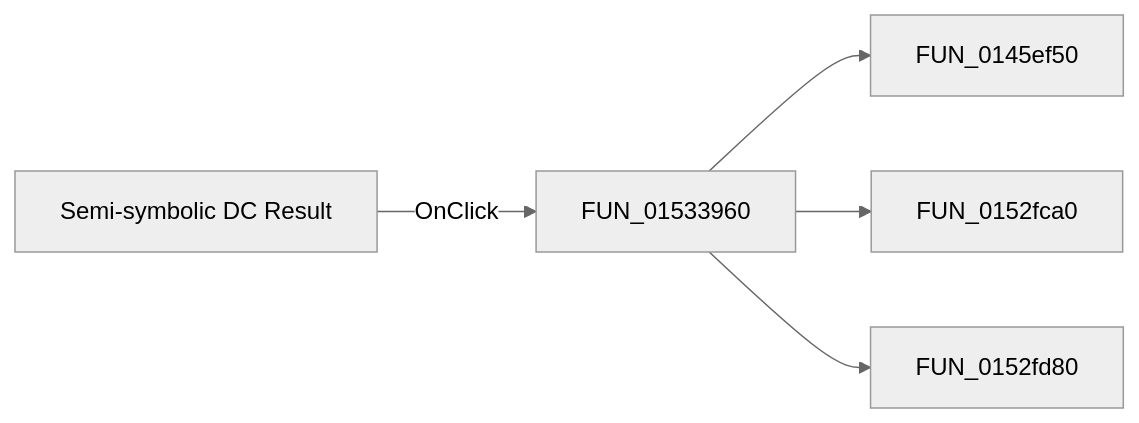
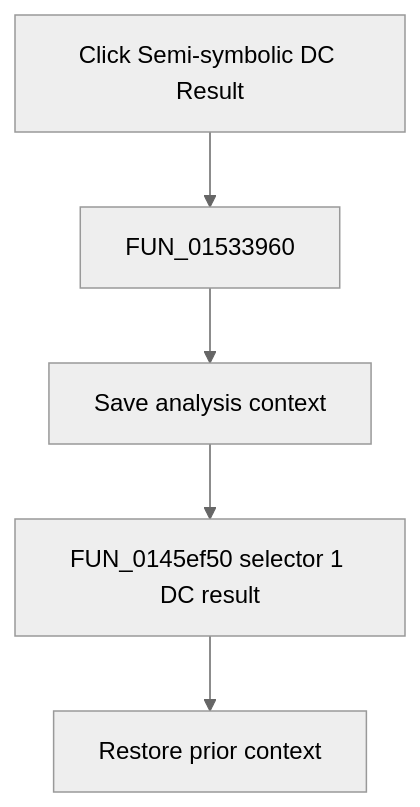
One commit to MovGP0/TIARA changed the diagram in docs/ui-controls/netlisteditor/misemisymbolicdcresult-0c019052cf.md. Above: the diagram before and after it, drawn with Mermaid (neutral theme). The commit also changed other lines of this file and 1062 other files, not shown here.

````diff
--- a/docs/ui-controls/netlisteditor/misemisymbolicdcresult-0c019052cf.md
+++ b/docs/ui-controls/netlisteditor/misemisymbolicdcresult-0c019052cf.md
@@ -27,7 +29,7 @@
 ```mermaid
-flowchart LR
-    control["Semi-symbolic DC Result"] -->|OnClick| handler["FUN_01533960"]
-    handler --> call1["FUN_0145ef50"]
-    handler --> call2["FUN_0152fca0"]
-    handler --> call3["FUN_0152fd80"]
+flowchart TD
+    control["Click Semi-symbolic DC Result"] --> handler["FUN_01533960"]
+    handler --> prepare["Save analysis context"]
+    prepare --> action["FUN_0145ef50 selector 1 DC result"]
+    action --> restore["Restore prior context"]
 ```
````
